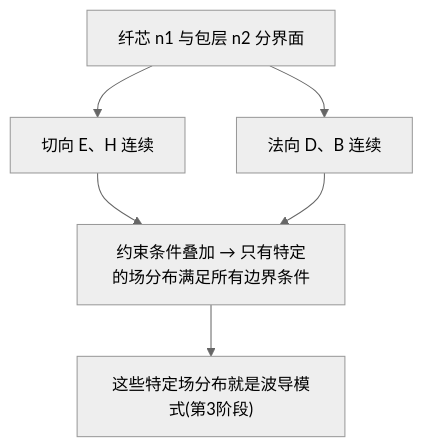
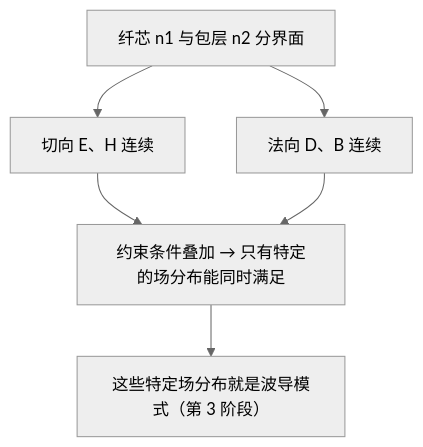
One commit to Camille-vis/Camille-vis.github.io changed the second of 2 diagrams in content/blog/从高中物理到光纤布拉格光栅传感器 1电磁学/index.md. Above: the diagram before and after it, drawn with Mermaid (neutral theme). The commit also changed other lines of this file and 61 other files, not shown here.

````diff
--- a/content/blog/从高中物理到光纤布拉格光栅传感器 1电磁学/index.md
+++ b/content/blog/从高中物理到光纤布拉格光栅传感器 1电磁学/index.md
@@ -459,8 +789,8 @@
 ```mermaid
 graph TD
     A["纤芯 n1 与包层 n2 分界面"] --> B["切向 E、H 连续"]
     A --> C["法向 D、B 连续"]
-    B --> D["约束条件叠加 → 只有特定的场分布满足所有边界条件"]
+    B --> D["约束条件叠加 → 只有特定的场分布能同时满足"]
     C --> D
-    D --> E["这些特定场分布就是波导模式(第3阶段)"]
+    D --> E["这些特定场分布就是波导模式（第 3 阶段）"]
 ```
````
